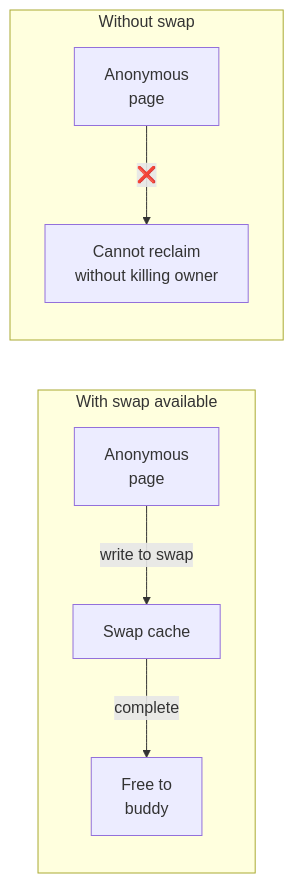
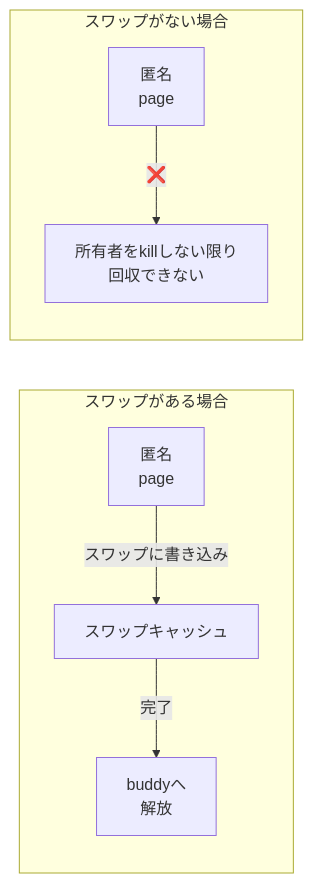
One commit to doguto/linux-kernel-internals-jp changed the ninth of 15 diagrams in docs/mm/life-of-page.md. Above: the diagram before and after it, drawn with Mermaid. The commit also changed other lines of this file and 27 other files, not shown here.

````diff
--- a/docs/mm/life-of-page.md
+++ b/docs/mm/life-of-page.md
@@ -268,10 +268,10 @@
 ```mermaid
 flowchart LR
-    subgraph withswap["With swap available"]
-        A1["Anonymous<br/>page"] -->|"write to swap"| A2["Swap cache"] -->|"complete"| A3["Free to<br/>buddy"]
+    subgraph withswap["スワップがある場合"]
+        A1["匿名<br/>page"] -->|"スワップに書き込み"| A2["スワップキャッシュ"] -->|"完了"| A3["buddyへ<br/>解放"]
     end
 
-    subgraph noswap["Without swap"]
-        B1["Anonymous<br/>page"] -->|"❌"| B2["Cannot reclaim<br/>without killing owner"]
+    subgraph noswap["スワップがない場合"]
+        B1["匿名<br/>page"] -->|"❌"| B2["所有者をkillしない限り<br/>回収できない"]
     end
 ```
````
